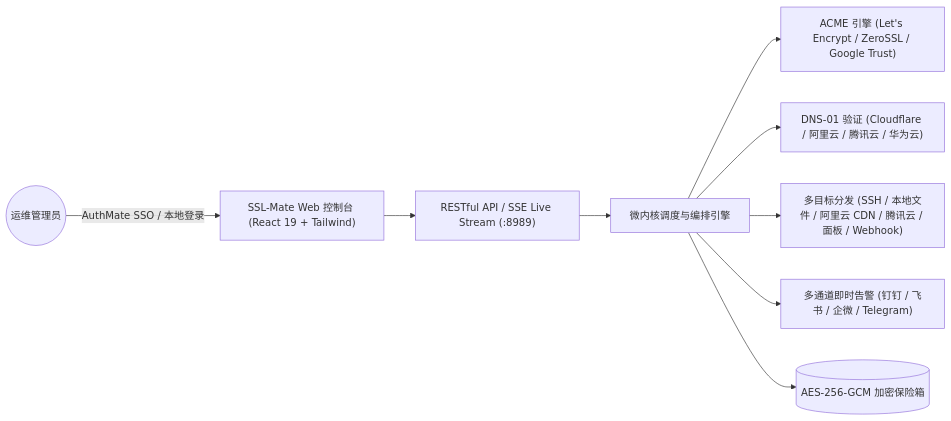
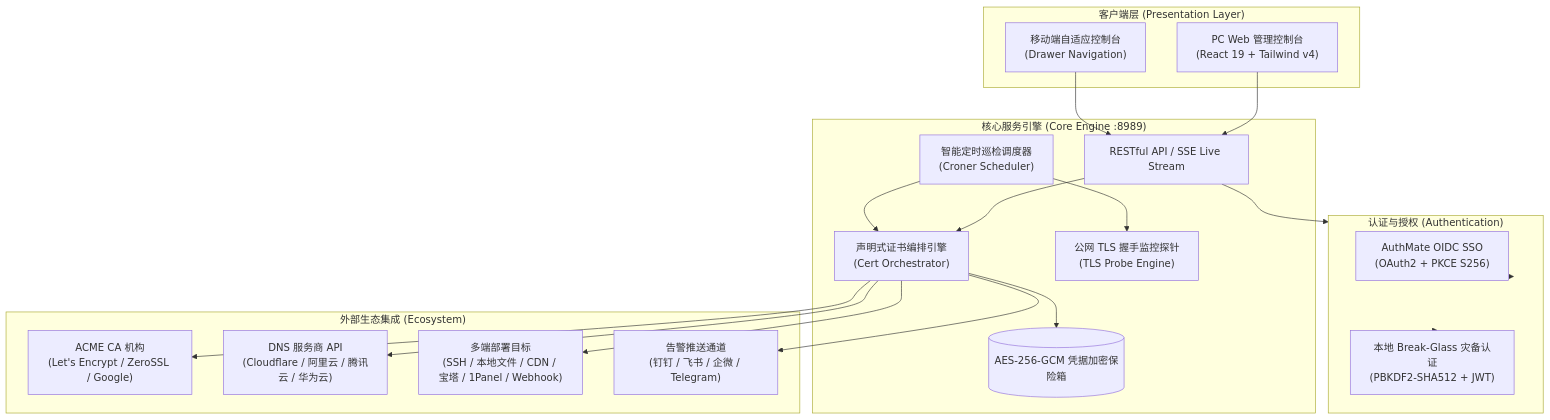
The diagram in README.md (tankeito/SSL-Mate), drawn with Mermaid before and after one commit. The commit also changed other lines of this file and 3 other files, not shown here.

````diff
--- a/README.md
+++ b/README.md
@@ -45,11 +75,41 @@
 ```mermaid
-graph LR
-    User((运维管理员)) -->|AuthMate SSO / 本地登录| WebUI["SSL-Mate Web 控制台 (React 19 + Tailwind)"]
-    WebUI --> API["RESTful API / SSE Live Stream (:8989)"]
-    API --> Core["微内核调度与编排引擎"]
-    Core --> ACME["ACME 引擎 (Let's Encrypt / ZeroSSL / Google Trust)"]
-    Core --> DNS["DNS-01 验证 (Cloudflare / 阿里云 / 腾讯云 / 华为云)"]
-    Core --> Deploy["多目标分发 (SSH / 本地文件 / 阿里云 CDN / 腾讯云 / 面板 / Webhook)"]
-    Core --> Notify["多通道即时告警 (钉钉 / 飞书 / 企微 / Telegram)"]
-    Core --> Vault[("AES-256-GCM 加密保险箱")]
+graph TB
+    subgraph Client["客户端层 (Presentation Layer)"]
+        Browser["PC Web 管理控制台<br/>(React 19 + Tailwind v4)"]
+        Mobile["移动端自适应控制台<br/>(Drawer Navigation)"]
+    end
+
+    subgraph Auth["认证与授权 (Authentication)"]
+        SSO["AuthMate OIDC SSO<br/>(OAuth2 + PKCE S256)"]
+        LocalAuth["本地 Break-Glass 灾备认证<br/>(PBKDF2-SHA512 + JWT)"]
+    end
+
+    subgraph Server["核心服务引擎 (Core Engine :8989)"]
+        Router["RESTful API / SSE Live Stream"]
+        Scheduler["智能定时巡检调度器<br/>(Croner Scheduler)"]
+        Orchestrator["声明式证书编排引擎<br/>(Cert Orchestrator)"]
+        MonitorEngine["公网 TLS 握手监控探针<br/>(TLS Probe Engine)"]
+        CryptoVault[("AES-256-GCM 凭据加密保险箱")]
+    end
+
+    subgraph ExternalServices["外部生态集成 (Ecosystem)"]
+        CA["ACME CA 机构<br/>(Let's Encrypt / ZeroSSL / Google)"]
+        DNS["DNS 服务商 API<br/>(Cloudflare / 阿里云 / 腾讯云 / 华为云)"]
+        DeployTargets["多端部署目标<br/>(SSH / 本地文件 / CDN / 宝塔 / 1Panel / Webhook)"]
+        NotifyChannels["告警推送通道<br/>(钉钉 / 飞书 / 企微 / Telegram)"]
+    end
+
+    Browser --> Router
+    Mobile --> Router
+    Router --> Auth
+    Auth --> SSO
+    Auth --> LocalAuth
+    Router --> Orchestrator
+    Scheduler --> Orchestrator
+    Scheduler --> MonitorEngine
+    Orchestrator --> CryptoVault
+    Orchestrator --> CA
+    Orchestrator --> DNS
+    Orchestrator --> DeployTargets
+    Orchestrator --> NotifyChannels
 ```
````
